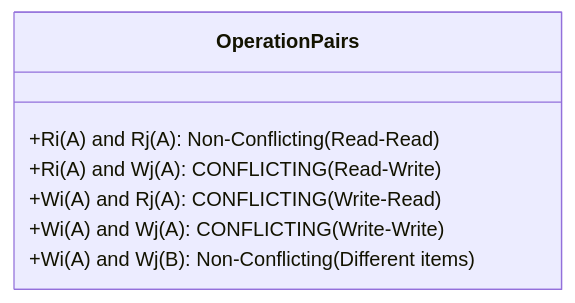
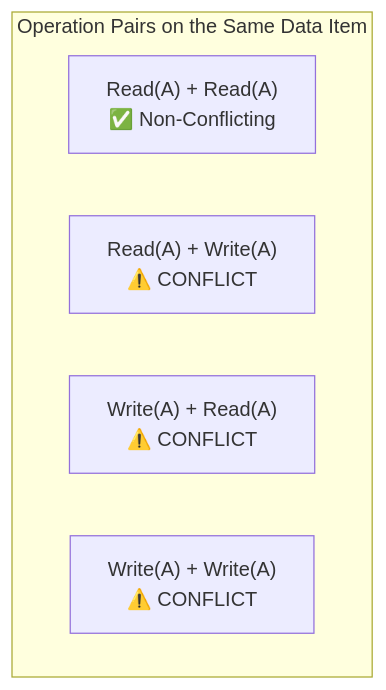
One commit to rohithgowda18/Notes changed diagram 12 of 18 in 02-DBMS/Transactions-and-Concurrency-Control.md. Above: the diagram before and after it, drawn with Mermaid. The commit also changed other lines of this file and 4 other files, not shown here.

````diff
--- a/02-DBMS/Transactions-and-Concurrency-Control.md
+++ b/02-DBMS/Transactions-and-Concurrency-Control.md
@@ -363,10 +363,10 @@
 ```mermaid
-classDiagram
-    class OperationPairs {
-        +Ri(A) and Rj(A): Non-Conflicting (Read-Read)
-        +Ri(A) and Wj(A): CONFLICTING (Read-Write)
-        +Wi(A) and Rj(A): CONFLICTING (Write-Read)
-        +Wi(A) and Wj(A): CONFLICTING (Write-Write)
-        +Wi(A) and Wj(B): Non-Conflicting (Different items)
-    }
+flowchart TD
+    subgraph Pairs ["Operation Pairs on the Same Data Item"]
+        direction LR
+        P1["Read(A) + Read(A)<br/>✅ Non-Conflicting"]
+        P2["Read(A) + Write(A)<br/>⚠️ CONFLICT"]
+        P3["Write(A) + Read(A)<br/>⚠️ CONFLICT"]
+        P4["Write(A) + Write(A)<br/>⚠️ CONFLICT"]
+    end
 ```
````
